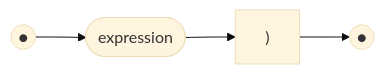
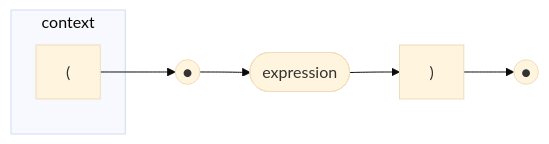
Before and after one commit to billhails/CEKF: diagram 51 of 59 in docs/railroad.md, drawn with Mermaid (base theme). The commit also changed other lines of this file and 4 other files, not shown here.

````diff
--- a/docs/railroad.md
+++ b/docs/railroad.md
@@ -745,6 +790,9 @@
 ```mermaid
 flowchart LR
 s(("●"))
 e(("●"))
-s --> ep([expression]) --> close[")"] --> e
+subgraph context
+open["("]
+end
+open --> s --> ep([expression]) --> close[")"] --> e
 ```
````
